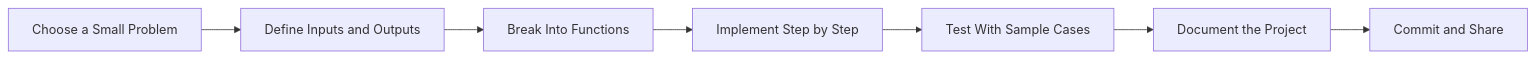
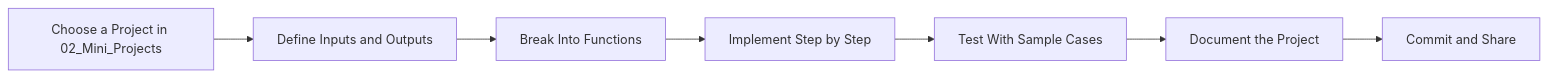
The fifth of 8 diagrams in README.md (ArnavRajDas/Programming-in-Python), drawn with Mermaid before and after one commit. The commit also changed other lines of this file and 1 other file, not shown here.

Commit message:
Redesign README structure and repository architecture and add Assets folder

````diff
--- a/README.md
+++ b/README.md
@@ -431,9 +343,9 @@
 ```mermaid
 flowchart LR
-	A[Choose a Small Problem] --> B[Define Inputs and Outputs]
+	A[Choose a Project in 02_Mini_Projects] --> B[Define Inputs and Outputs]
 	B --> C[Break Into Functions]
 	C --> D[Implement Step by Step]
 	D --> E[Test With Sample Cases]
 	E --> F[Document the Project]
 	F --> G[Commit and Share]
 ```
````
